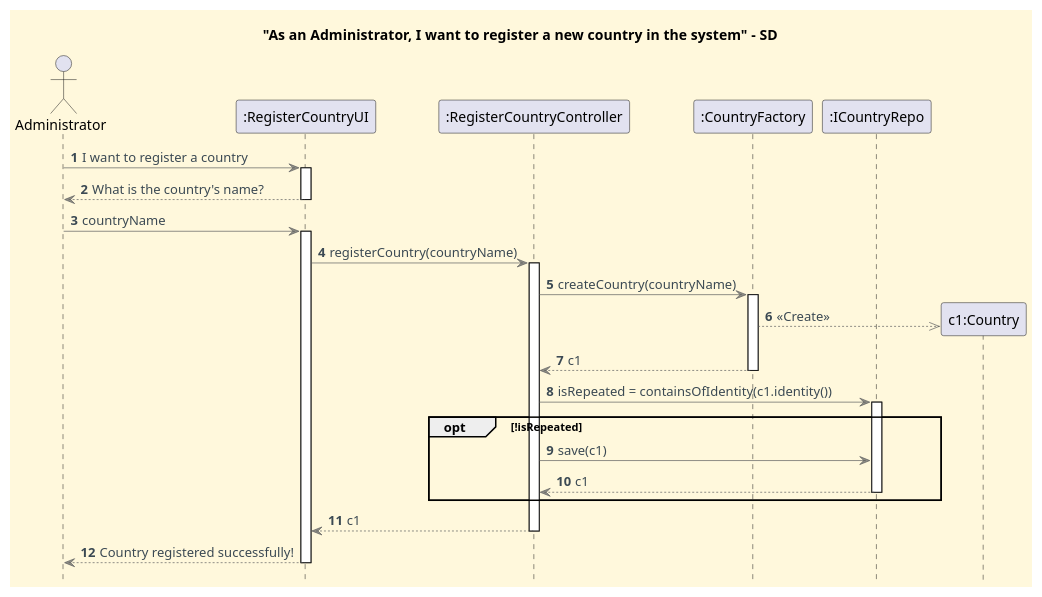
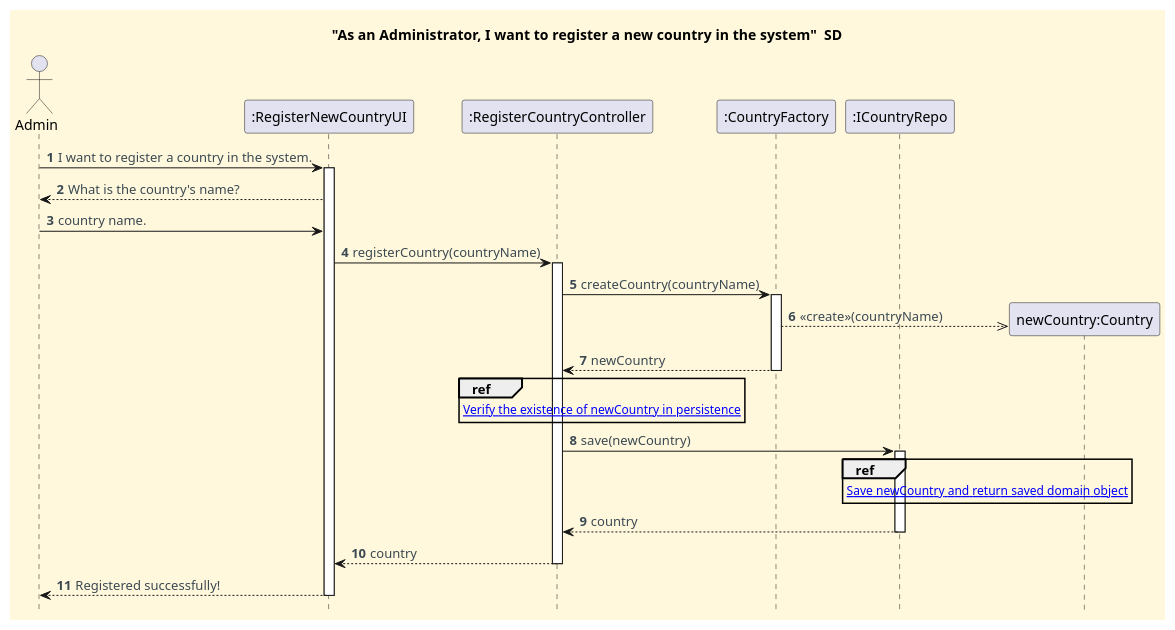
One commit to CarolinaLeite-collab/JavaMarketplacePlatform changed the diagram in docs/functionalities/admin/register-country/Register_Country_SD.puml. Above: the diagram before and after it, drawn with PlantUML. The commit also changed other lines of this file and 3 other files, not shown here.

Commit message:
refs #775 update diagrams to reflect country persistence in DB, plus save and verify diagrams to further explain internal logic inside Register_Country_SD diagram

```diff
--- a/docs/functionalities/admin/register-country/Register_Country_SD.puml
+++ b/docs/functionalities/admin/register-country/Register_Country_SD.puml
@@ -1,63 +2,58 @@
 @startuml
-'==== Title ====
-title "As an Administrator, I want to register a new country in the system" - SD
+title **"As an Administrator, I want to register a new country in the system"**  SD
+hide footbox
 
-'==== basic style ====
 skinparam monochrome false
 skinparam shadowing false
 skinparam defaultFontName Futura
 skinparam objectFontSize 20
 skinparam backgroundColor CornSilk
 skinparam objectBackgroundColor WhiteSmoke
 skinparam noteBackgroundColor #FFFFE0
 skinparam ArrowFontColor #3B4953
-skinparam ArrowColor #57595BAA
-skinparam ActivationBackgroundColor WhiteSmoke
-hide footbox
+skinparam ActivationBackgroundColor black
 
 autonumber
+autoactivate off
 
-' ==== Actor and participants ====
-actor Administrator as ADM
-participant ":RegisterCountryUI" as UI
-participant ":RegisterCountryController" as CTL
-participant ":CountryFactory" as FACTORY
-participant ":ICountryRepo" as CR
+actor "Admin" as Administrator
+participant ":RegisterNewCountryUI" as UI
+participant ":RegisterCountryController" as Ctl
+participant ":CountryFactory" as Factory
+participant ":ICountryRepo" as IR
 
-'==== UI interaction ====
-ADM -> UI: I want to register a country
-activate UI
-UI --> ADM: What is the country's name?
-deactivate UI
+Administrator -> "UI": I want to register a country in the system.
+activate "UI"
+"UI" --> Administrator: What is the country's name?
+Administrator -> "UI": country name.
+"UI" -> "Ctl": registerCountry(countryName)
+activate "Ctl"
 
-ADM -> UI: countryName
-activate UI
 
-'==== Use case execution ====
-UI -> CTL: registerCountry(countryName)
-activate CTL
+Ctl -> "Factory" : createCountry(countryName)
 
-CTL -> FACTORY : createCountry(countryName)
-activate FACTORY
-create "c1:Country" as C
-FACTORY -->> C: <<Create>>
-FACTORY --> CTL : c1
-deactivate FACTORY
+activate "Factory"
 
-' Logic consolidated into one activation flow
-CTL -> CR : isRepeated = containsOfIdentity(c1.identity())
-activate CR
+create "newCountry:Country"
+Factory -->> "newCountry:Country" : <<create>>(countryName)
+Factory --> Ctl: newCountry
+deactivate "Factory"
 
-opt !isRepeated
-    CTL -> CR: save(c1)
-    CR --> CTL: c1
-    deactivate CR
-end
+ref over Ctl
+[[sd-ref-diagrams/Verify_Country.puml Verify the existence of newCountry in persistence]]
+end ref
 
-CTL --> UI: c1
-deactivate CTL
+Ctl -> IR : save(newCountry)
 
-UI --> ADM : Country registered successfully!
+ref over IR
+[[sd-ref-diagrams/Save_Country.puml Save newCountry and return saved domain object]]
+end ref
+activate IR
+IR --> Ctl : country
+deactivate IR
+Ctl --> UI : country
+deactivate Ctl
+UI --> Administrator : Registered successfully!
 deactivate UI
 
 @enduml
```
